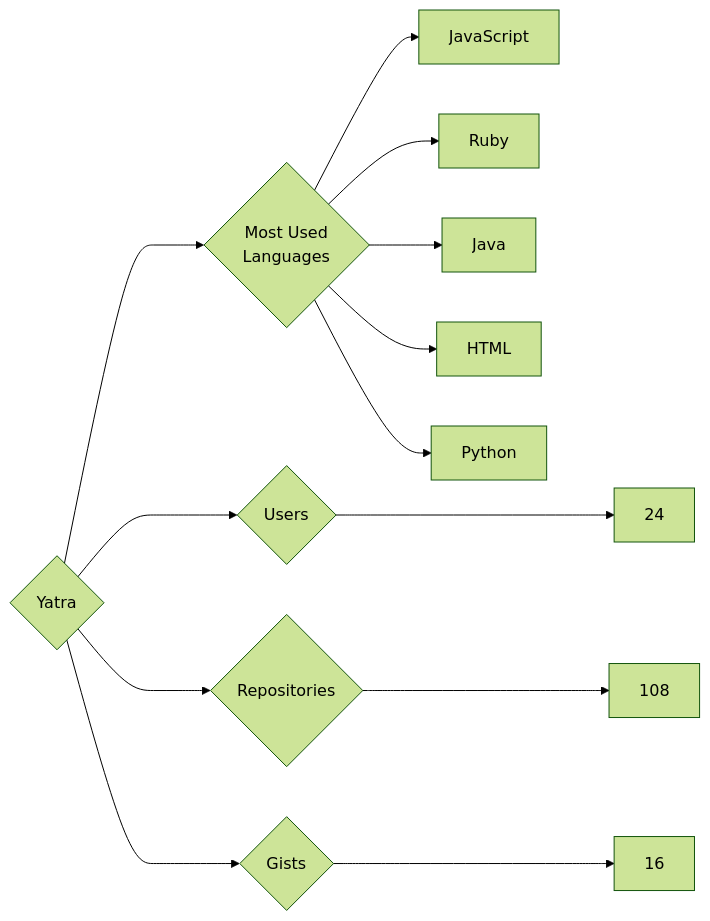
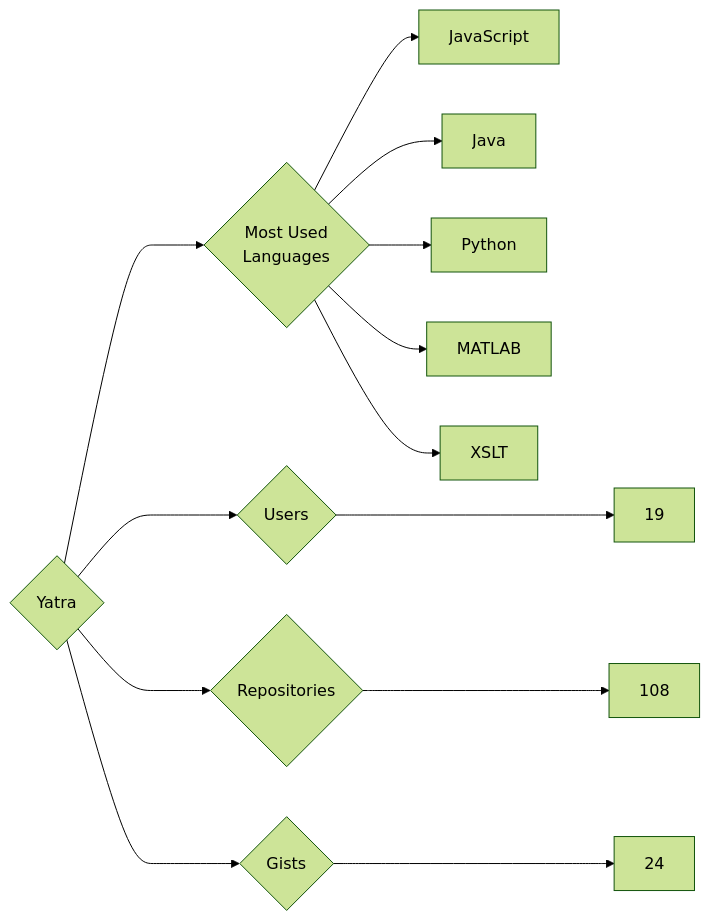
Before and after one commit to trickest/insiders: the diagram in targets/Yatra/README.md, drawn with Mermaid (forest theme). The commit also changed 939 other files, not shown here.

````diff
--- a/targets/Yatra/README.md
+++ b/targets/Yatra/README.md
@@ -3,13 +3,13 @@
 ```mermaid
 graph LR
 COMPANY_NAME{Yatra}
-COMPANY_NAME ---> U{Users} ---> UN[24]
+COMPANY_NAME ---> U{Users} ---> UN[19]
 COMPANY_NAME ---> R{Repositories} ---> RN[108]
-COMPANY_NAME ---> G{Gists} ---> GN[16]
+COMPANY_NAME ---> G{Gists} ---> GN[24]
 COMPANY_NAME ---> ML{Most Used<br>Languages}
 ML --> JavaScript[JavaScript]
-ML --> Ruby[Ruby]
 ML --> Java[Java]
-ML --> HTML[HTML]
 ML --> Python[Python]
+ML --> MATLAB[MATLAB]
+ML --> XSLT[XSLT]
 ```
````
